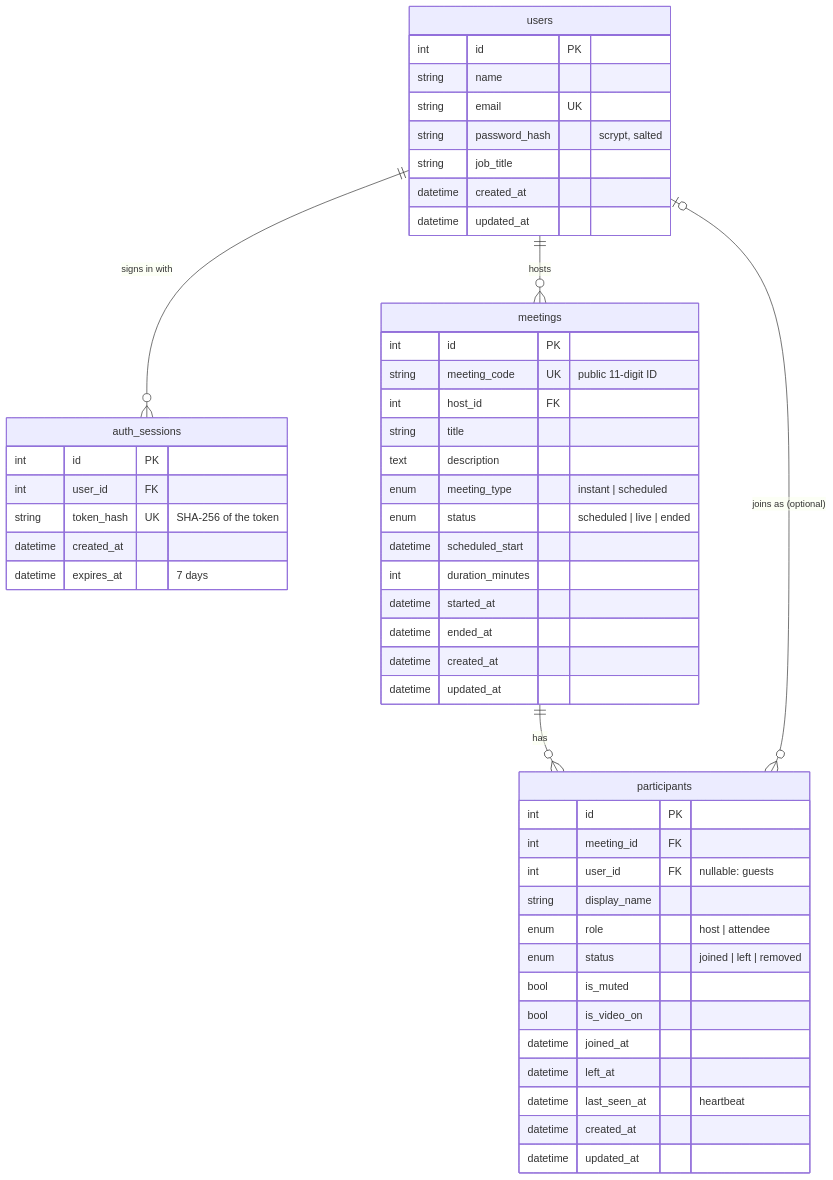
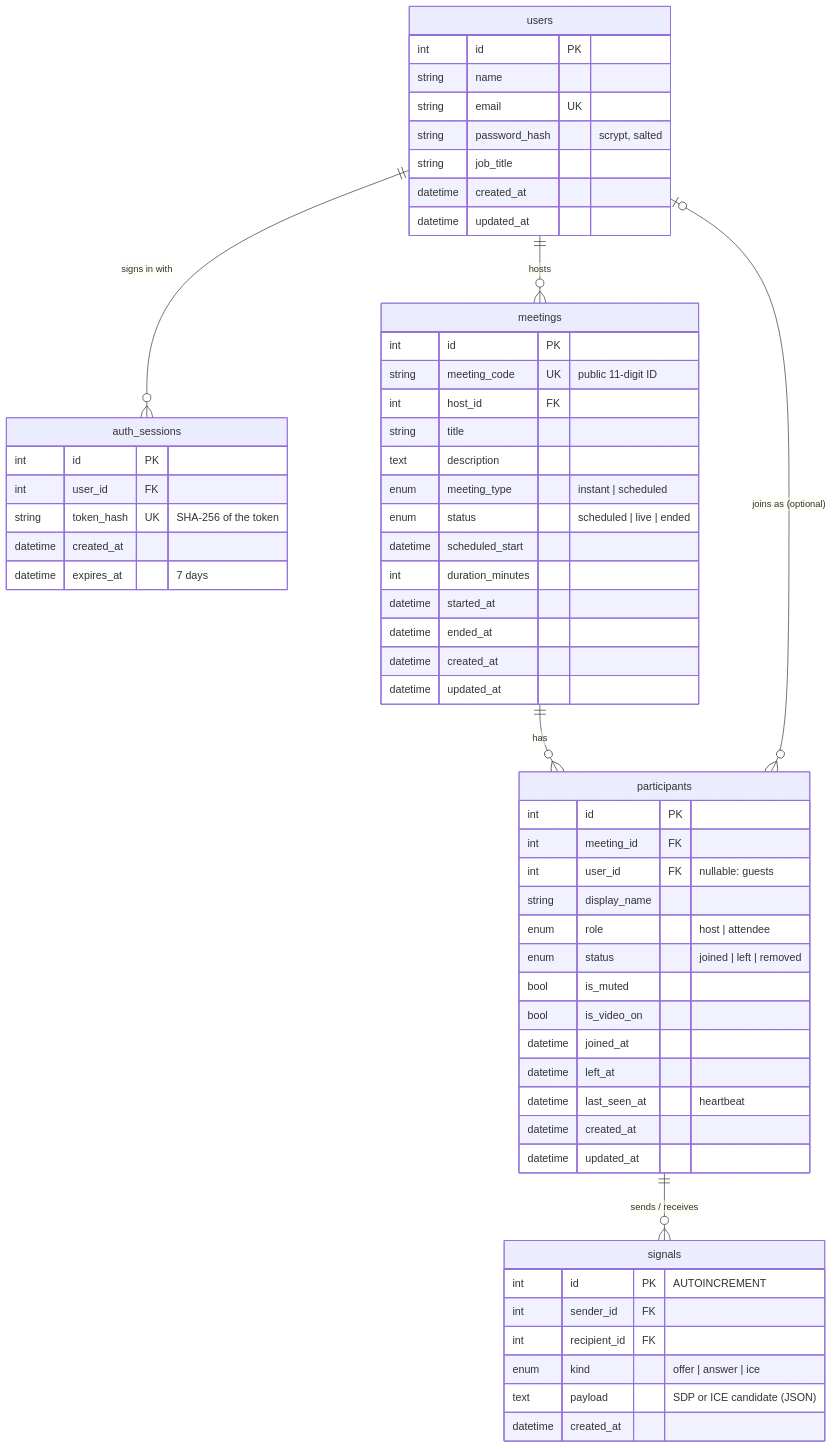
Before and after one commit to Chandana365249/zoom-clone: the diagram in README.md, drawn with Mermaid. The commit also changed other lines of this file and 14 other files, not shown here.

````diff
--- a/README.md
+++ b/README.md
@@ -77,54 +94,63 @@
 ```mermaid
 erDiagram
     users ||--o{ auth_sessions : "signs in with"
     users ||--o{ meetings : hosts
     meetings ||--o{ participants : has
+    participants ||--o{ signals : "sends / receives"
     users |o--o{ participants : "joins as (optional)"
 
     users {
         int id PK
         string name
         string email UK
         string password_hash "scrypt, salted"
         string job_title
         datetime created_at
         datetime updated_at
     }
     auth_sessions {
         int id PK
         int user_id FK
         string token_hash UK "SHA-256 of the token"
         datetime created_at
         datetime expires_at "7 days"
     }
     meetings {
         int id PK
         string meeting_code UK "public 11-digit ID"
         int host_id FK
         string title
         text description
         enum meeting_type "instant | scheduled"
         enum status "scheduled | live | ended"
         datetime scheduled_start
         int duration_minutes
         datetime started_at
         datetime ended_at
         datetime created_at
         datetime updated_at
     }
     participants {
         int id PK
         int meeting_id FK
         int user_id FK "nullable: guests"
         string display_name
         enum role "host | attendee"
         enum status "joined | left | removed"
         bool is_muted
         bool is_video_on
         datetime joined_at
         datetime left_at
         datetime last_seen_at "heartbeat"
         datetime created_at
         datetime updated_at
     }
+    signals {
+        int id PK "AUTOINCREMENT"
+        int sender_id FK
+        int recipient_id FK
+        enum kind "offer | answer | ice"
+        text payload "SDP or ICE candidate (JSON)"
+        datetime created_at
+    }
 ```
````
